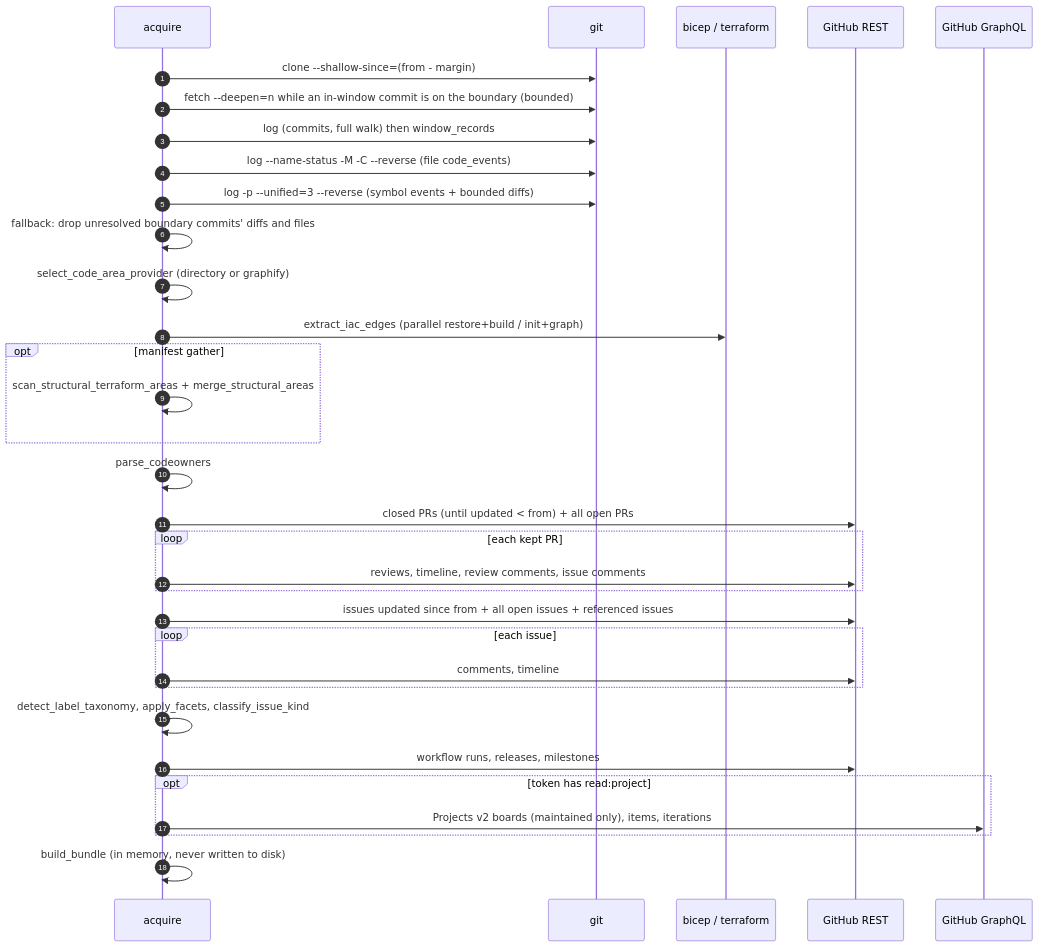
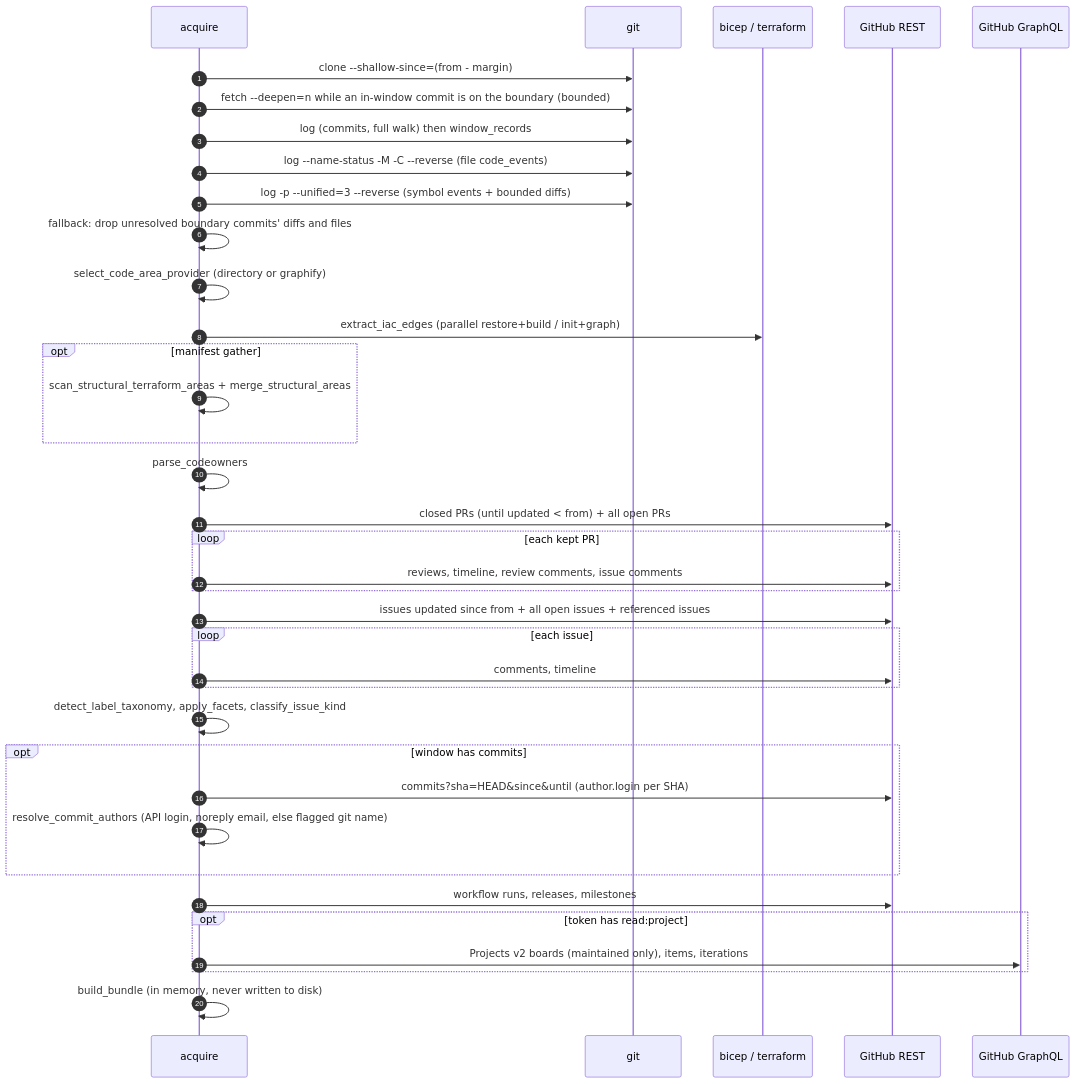
Before and after one commit to DamianFlynn/experiments: the second of 11 diagrams in .claude/skills/activity-overview/docs/LLD.md, drawn with Mermaid. The commit also changed other lines of this file and 7 other files, not shown here.

````diff
--- a/.claude/skills/activity-overview/docs/LLD.md
+++ b/.claude/skills/activity-overview/docs/LLD.md
@@ -132,35 +132,39 @@
 ```mermaid
 sequenceDiagram
   autonumber
   participant A as acquire
   participant Git as git
   participant IaC as bicep / terraform
   participant REST as GitHub REST
   participant GQL as GitHub GraphQL
   A->>Git: clone --shallow-since=(from - margin)
   A->>Git: fetch --deepen=n while an in-window commit is on the boundary (bounded)
   A->>Git: log (commits, full walk) then window_records
   A->>Git: log --name-status -M -C --reverse (file code_events)
   A->>Git: log -p --unified=3 --reverse (symbol events + bounded diffs)
   A->>A: fallback: drop unresolved boundary commits' diffs and files
   A->>A: select_code_area_provider (directory or graphify)
   A->>IaC: extract_iac_edges (parallel restore+build / init+graph)
   opt manifest gather
     A->>A: scan_structural_terraform_areas + merge_structural_areas
   end
   A->>A: parse_codeowners
   A->>REST: closed PRs (until updated < from) + all open PRs
   loop each kept PR
     A->>REST: reviews, timeline, review comments, issue comments
   end
   A->>REST: issues updated since from + all open issues + referenced issues
   loop each issue
     A->>REST: comments, timeline
   end
   A->>A: detect_label_taxonomy, apply_facets, classify_issue_kind
+  opt window has commits
+    A->>REST: commits?sha=HEAD&since&until (author.login per SHA)
+    A->>A: resolve_commit_authors (API login, noreply email, else flagged git name)
+  end
   A->>REST: workflow runs, releases, milestones
   opt token has read:project
     A->>GQL: Projects v2 boards (maintained only), items, iterations
   end
   A->>A: build_bundle (in memory, never written to disk)
 ```
````
